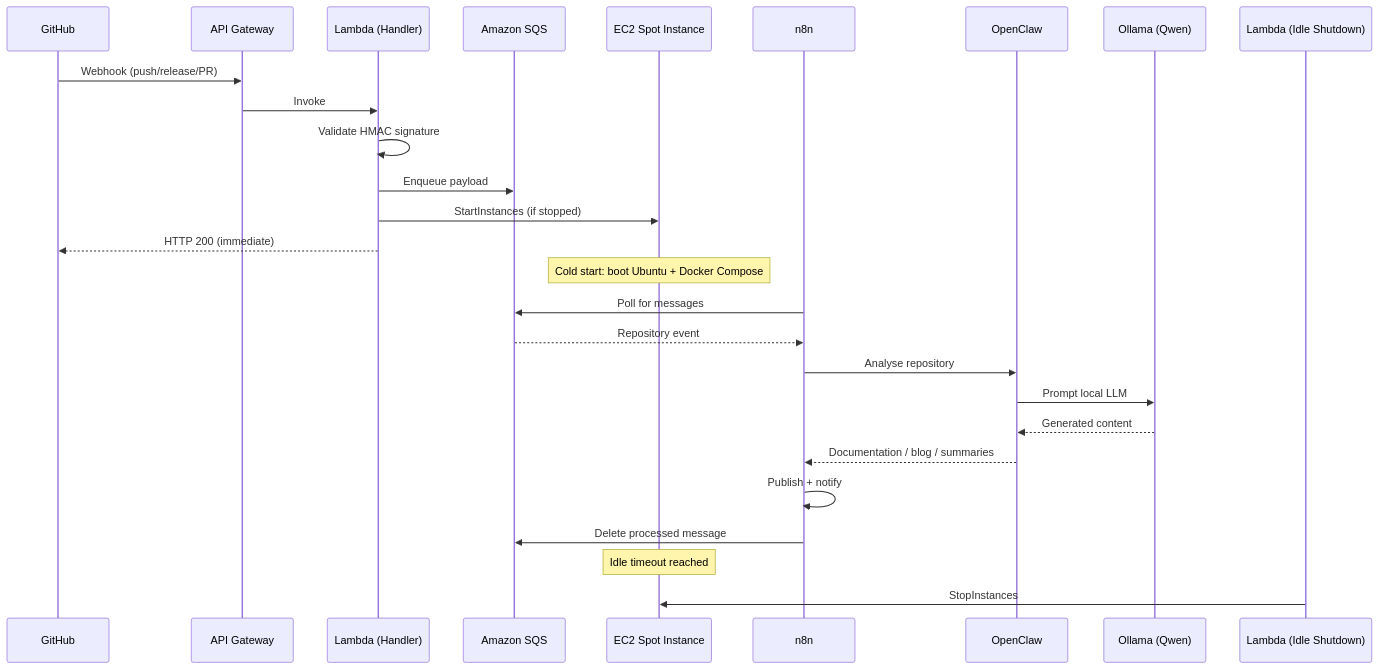
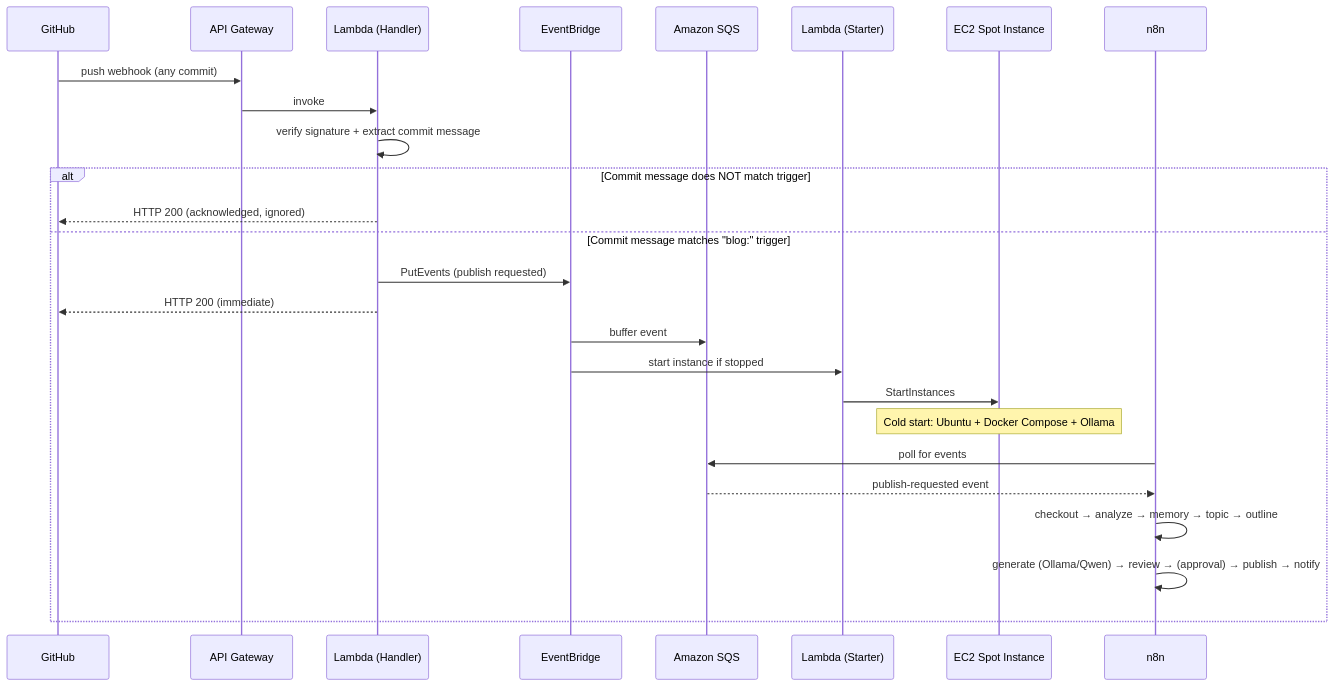
The second of 3 diagrams in README.md (teddynted/ai-github-repository-blog-generator), drawn with Mermaid before and after one commit. The commit also changed other lines of this file and 12 other files, not shown here.

````diff
--- a/README.md
+++ b/README.md
@@ -162,30 +223,29 @@
 ```mermaid
 sequenceDiagram
     participant GH as GitHub
     participant API as API Gateway
     participant LH as Lambda (Handler)
+    participant EB as EventBridge
     participant SQS as Amazon SQS
+    participant ST as Lambda (Starter)
     participant EC2 as EC2 Spot Instance
     participant N8N as n8n
-    participant OC as OpenClaw
-    participant OL as Ollama (Qwen)
-    participant LS as Lambda (Idle Shutdown)
 
-    GH->>API: Webhook (push/release/PR)
-    API->>LH: Invoke
-    LH->>LH: Validate HMAC signature
-    LH->>SQS: Enqueue payload
-    LH->>EC2: StartInstances (if stopped)
-    LH-->>GH: HTTP 200 (immediate)
-    Note over EC2: Cold start: boot Ubuntu + Docker Compose
-    N8N->>SQS: Poll for messages
-    SQS-->>N8N: Repository event
-    N8N->>OC: Analyse repository
-    OC->>OL: Prompt local LLM
-    OL-->>OC: Generated content
-    OC-->>N8N: Documentation / blog / summaries
-    N8N->>N8N: Publish + notify
-    N8N->>SQS: Delete processed message
-    Note over EC2: Idle timeout reached
-    LS->>EC2: StopInstances
+    GH->>API: push webhook (any commit)
+    API->>LH: invoke
+    LH->>LH: verify signature + extract commit message
+    alt Commit message does NOT match trigger
+        LH-->>GH: HTTP 200 (acknowledged, ignored)
+    else Commit message matches "blog:" trigger
+        LH->>EB: PutEvents (publish requested)
+        LH-->>GH: HTTP 200 (immediate)
+        EB->>SQS: buffer event
+        EB->>ST: start instance if stopped
+        ST->>EC2: StartInstances
+        Note over EC2: Cold start: Ubuntu + Docker Compose + Ollama
+        N8N->>SQS: poll for events
+        SQS-->>N8N: publish-requested event
+        N8N->>N8N: checkout → analyze → memory → topic → outline
+        N8N->>N8N: generate (Ollama/Qwen) → review → (approval) → publish → notify
+    end
 ```
````
